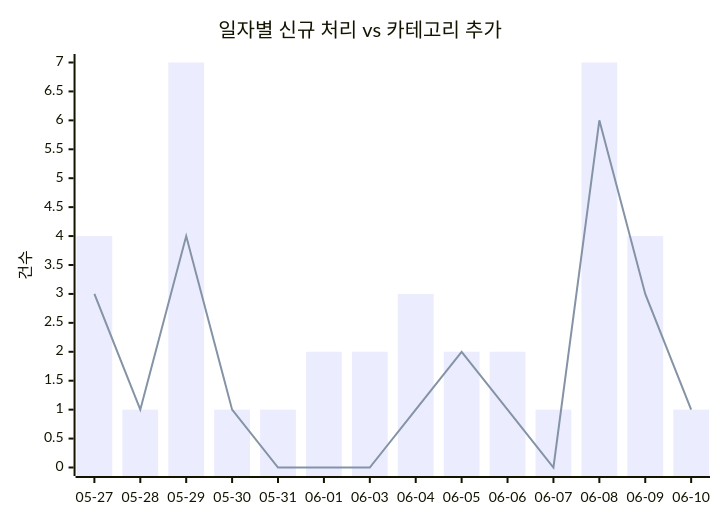
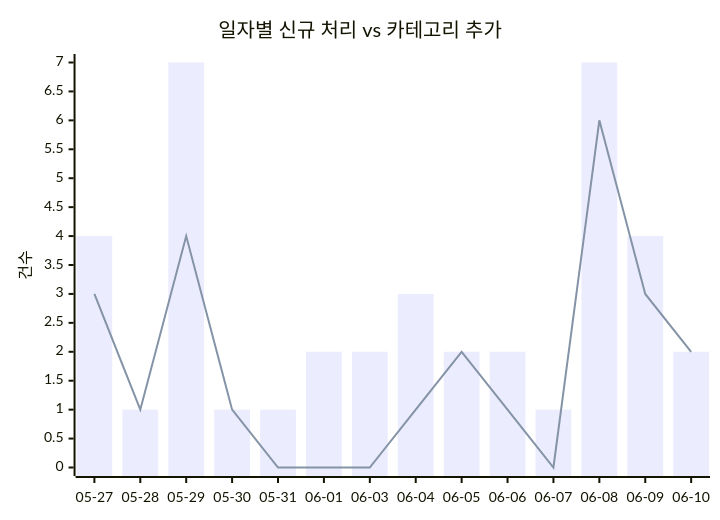
The first of 2 diagrams in docs/trends.md (J-nowcow/awesome-korean-agent-skills), drawn with Mermaid before and after one commit. The commit also changed other lines of this file and 4 other files, not shown here.

````diff
--- a/docs/trends.md
+++ b/docs/trends.md
@@ -32,8 +32,8 @@
 ```mermaid
 xychart-beta
     title "일자별 신규 처리 vs 카테고리 추가"
     x-axis ["05-27","05-28","05-29","05-30","05-31","06-01","06-03","06-04","06-05","06-06","06-07","06-08","06-09","06-10"]
     y-axis "건수"
-    bar [4,1,7,1,1,2,2,3,2,2,1,7,4,1]
-    line [3,1,4,1,0,0,0,1,2,1,0,6,3,1]
+    bar [4,1,7,1,1,2,2,3,2,2,1,7,4,2]
+    line [3,1,4,1,0,0,0,1,2,1,0,6,3,2]
 ```
````
